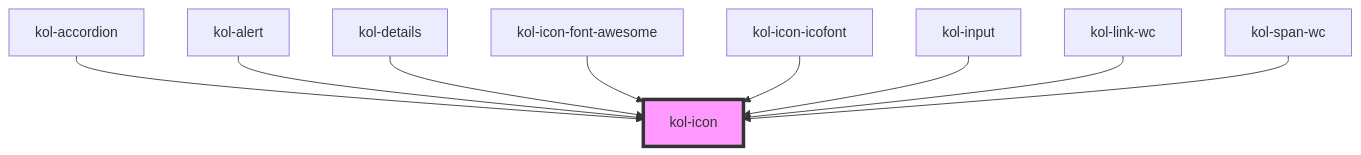
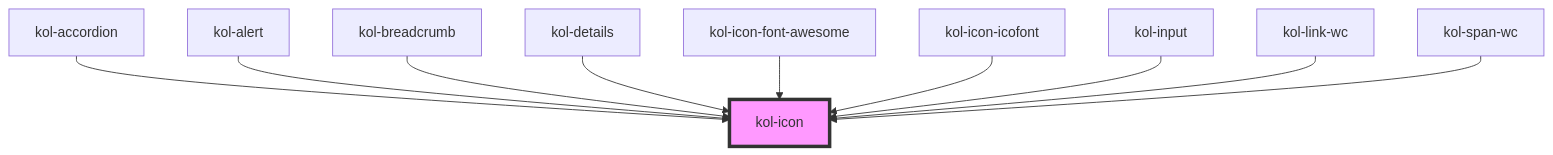
Before and after one commit to public-ui/kolibri: the diagram in packages/library/src/components/icon/readme.md, drawn with Mermaid. The commit also changed other lines of this file and 2 other files, not shown here.

Commit message:
fix: icon identifier

````diff
--- a/packages/library/src/components/icon/readme.md
+++ b/packages/library/src/components/icon/readme.md
@@ -90,12 +91,13 @@
 ```mermaid
 graph TD;
   kol-accordion --> kol-icon
   kol-alert --> kol-icon
+  kol-breadcrumb --> kol-icon
   kol-details --> kol-icon
   kol-icon-font-awesome --> kol-icon
   kol-icon-icofont --> kol-icon
   kol-input --> kol-icon
   kol-link-wc --> kol-icon
   kol-span-wc --> kol-icon
   style kol-icon fill:#f9f,stroke:#333,stroke-width:4px
 ```
````
